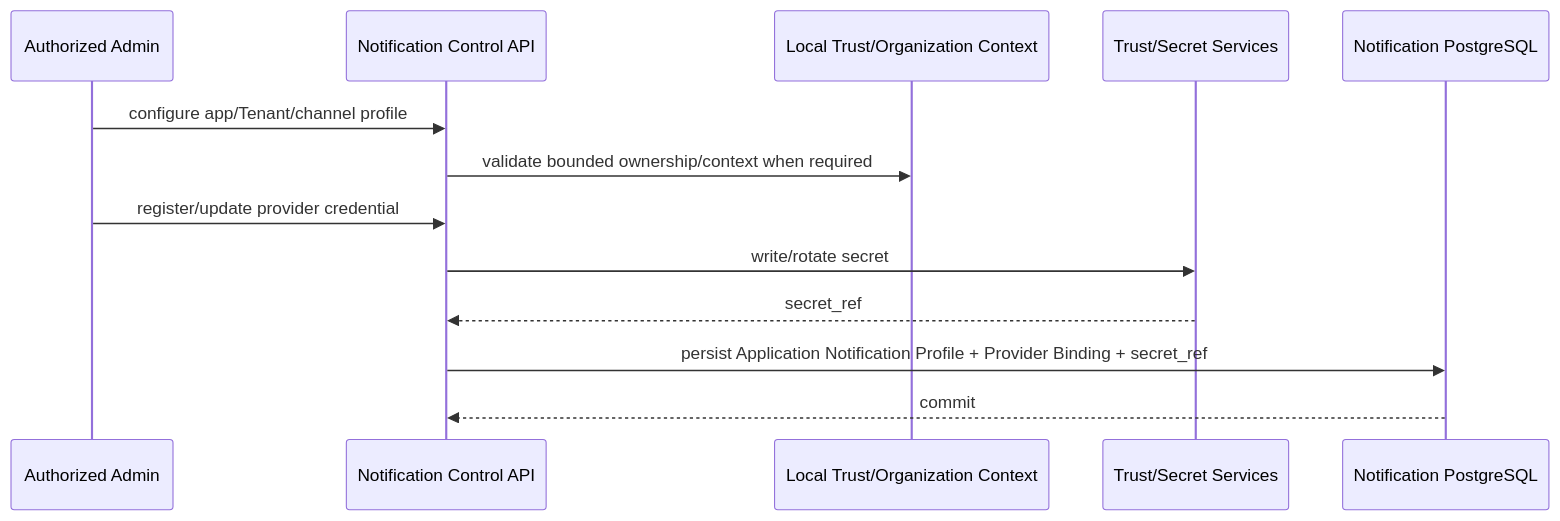
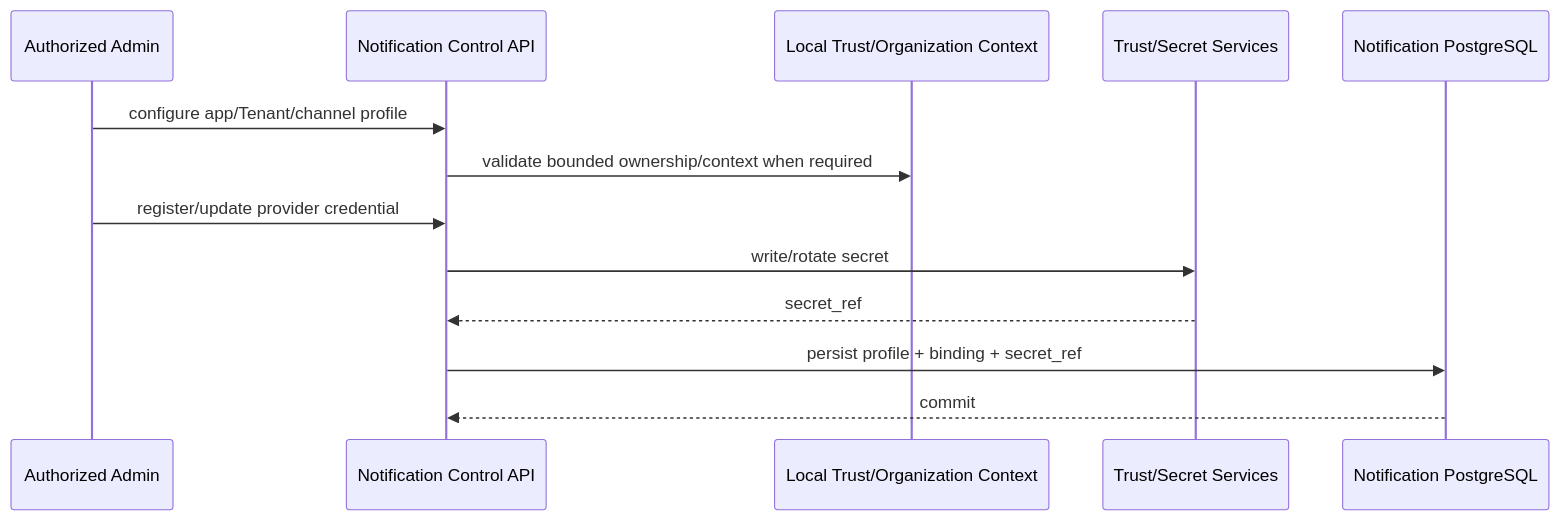
One commit to anshacerbia2/scnehaux-architecture changed the sixth of 7 diagrams in 04-system/scnehaux-notification-platform/scnehaux-notification-platform.sad.md. Above: the diagram before and after it, drawn with Mermaid. The commit also changed other lines of this file and 18 other files, not shown here.

````diff
--- a/04-system/scnehaux-notification-platform/scnehaux-notification-platform.sad.md
+++ b/04-system/scnehaux-notification-platform/scnehaux-notification-platform.sad.md
@@ -284,16 +379,16 @@
 ```mermaid
 sequenceDiagram
     participant U as Authorized Admin
     participant N as Notification Control API
     participant C as Local Trust/Organization Context
     participant T as Trust/Secret Services
     participant D as Notification PostgreSQL
 
     U->>N: configure app/Tenant/channel profile
     N->>C: validate bounded ownership/context when required
     U->>N: register/update provider credential
     N->>T: write/rotate secret
     T-->>N: secret_ref
-    N->>D: persist Application Notification Profile + Provider Binding + secret_ref
+    N->>D: persist profile + binding + secret_ref
     D-->>N: commit
 ```
````
